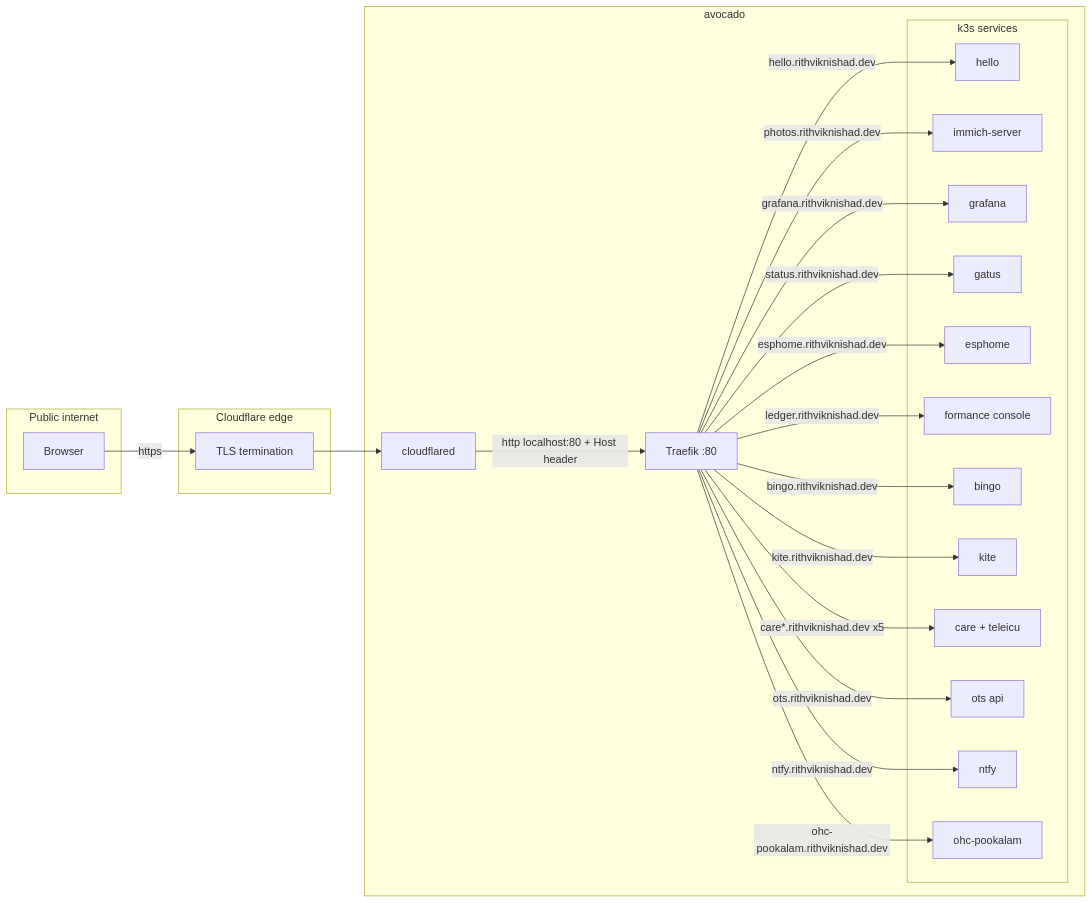
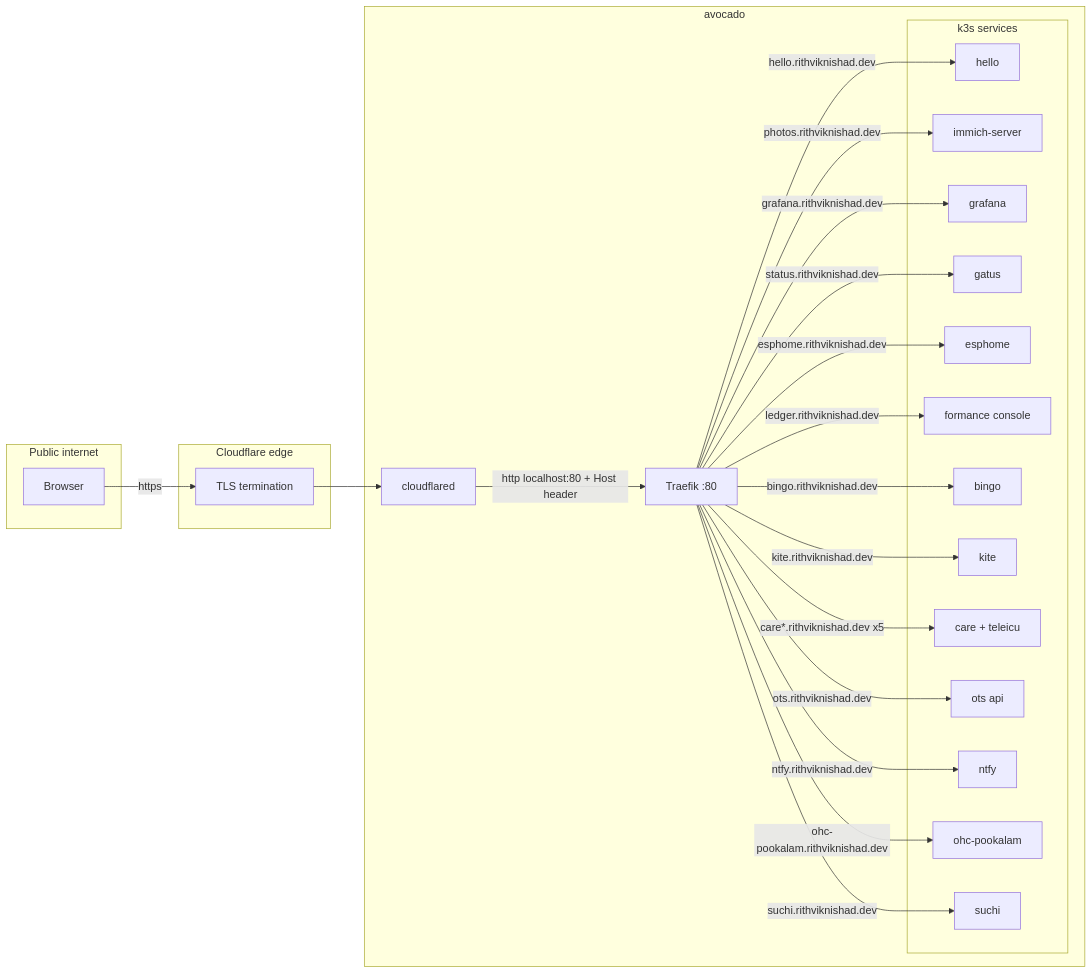
Before and after one commit to rithviknishad/systems.nix: the diagram in docs/networking.md, drawn with Mermaid. The commit also changed other lines of this file and 8 other files, not shown here.

````diff
--- a/docs/networking.md
+++ b/docs/networking.md
@@ -95,42 +95,44 @@
 ```mermaid
 flowchart LR
     subgraph internet[Public internet]
         user[Browser]
     end
     subgraph cf[Cloudflare edge]
         tls[TLS termination]
     end
     subgraph box[avocado]
         cd[cloudflared]
         traefik[Traefik :80]
         subgraph k8s[k3s services]
             hello[hello]
             immich[immich-server]
             grafana[grafana]
             gatus[gatus]
             esphome[esphome]
             ledger[formance console]
             bingo[bingo]
             kite[kite]
             care[care + teleicu]
             ots[ots api]
             ntfy[ntfy]
             pookalam[ohc-pookalam]
+            suchi[suchi]
         end
     end
 
     user -->|https| tls --> cd
     cd -->|http localhost:80 + Host header| traefik
     traefik -->|hello.rithviknishad.dev| hello
     traefik -->|photos.rithviknishad.dev| immich
     traefik -->|grafana.rithviknishad.dev| grafana
     traefik -->|status.rithviknishad.dev| gatus
     traefik -->|esphome.rithviknishad.dev| esphome
     traefik -->|ledger.rithviknishad.dev| ledger
     traefik -->|bingo.rithviknishad.dev| bingo
     traefik -->|kite.rithviknishad.dev| kite
     traefik -->|care*.rithviknishad.dev x5| care
     traefik -->|ots.rithviknishad.dev| ots
     traefik -->|ntfy.rithviknishad.dev| ntfy
     traefik -->|ohc-pookalam.rithviknishad.dev| pookalam
+    traefik -->|suchi.rithviknishad.dev| suchi
 ```
````
